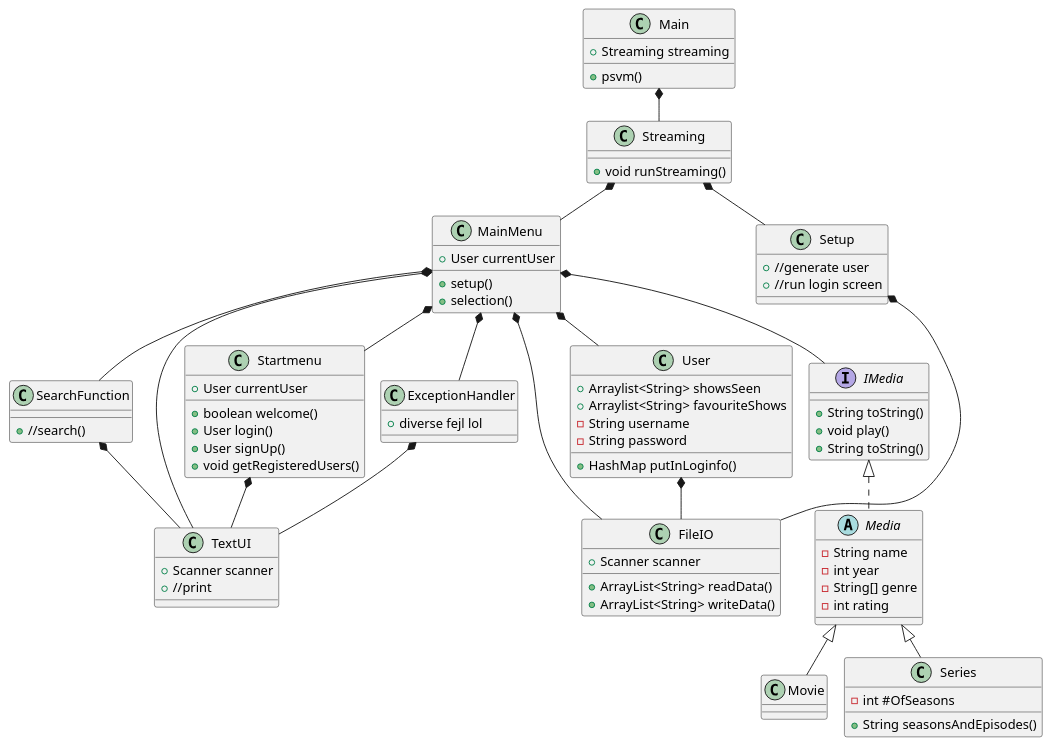
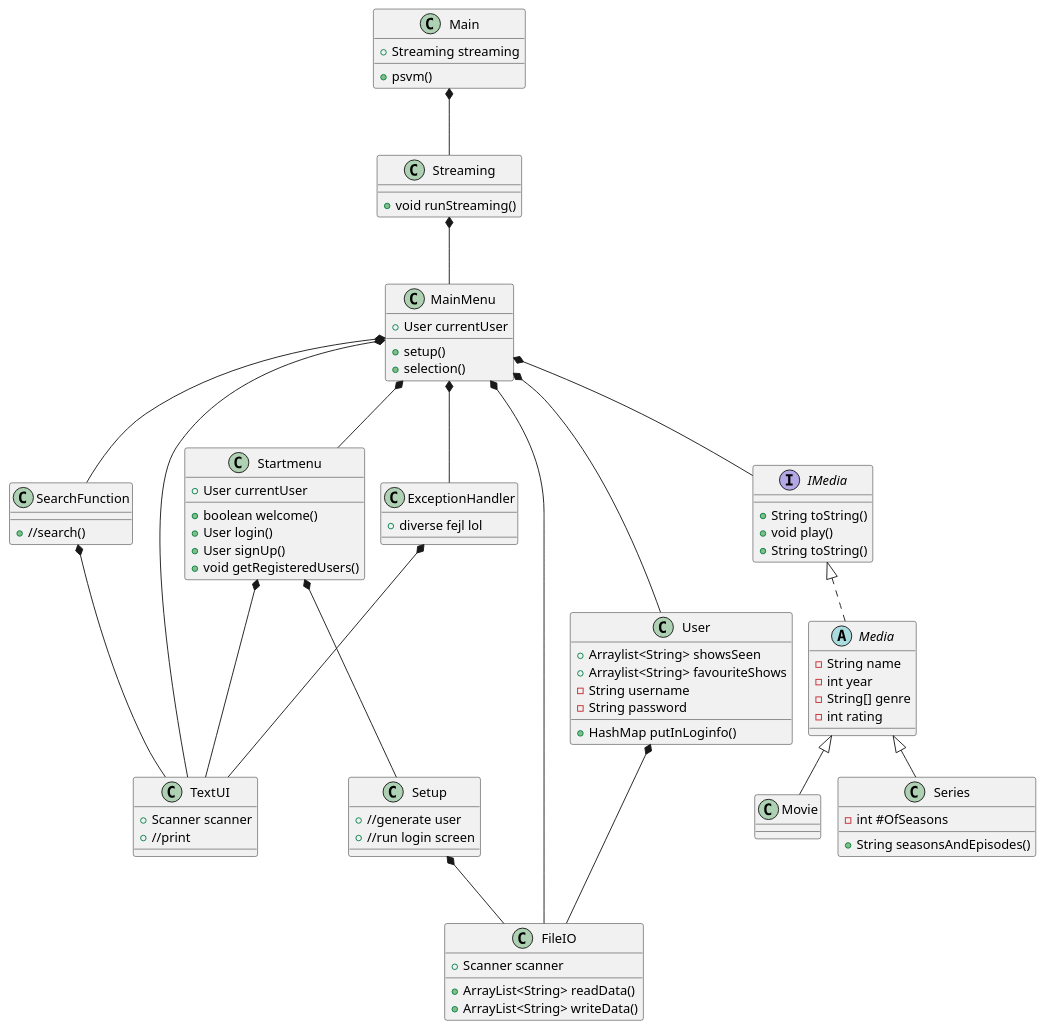
One commit to Sebbedeb/SP3---Streaming-Service changed the diagram in SP03/.idea/Class Diagram.puml. Above: the diagram before and after it, drawn with PlantUML.

Commit message:
Update Class Diagram.puml

```diff
--- a/SP03/.idea/Class Diagram.puml
+++ b/SP03/.idea/Class Diagram.puml
@@ -1,87 +1,87 @@
 @startuml
 'https://plantuml.com/class-diagram
 !pragma layout smetana
 
 class Main
 class MainMenu
 class Startmenu
 class TextUI
 class User
 class FileIO
 class ExceptionHandler
 abstract class Media implements IMedia
 class Movie extends Media
 class Series extends Media
 class SearchFunction
 class MainMenu
 class Streaming
 class Setup
 
-Main *-- Streaming
-Streaming *-- Setup
-Streaming *-- MainMenu
-MainMenu *-- Startmenu
-MainMenu *--TextUI
-MainMenu *-- ExceptionHandler
-MainMenu *-- FileIO
-MainMenu *-- User
-MainMenu *-- IMedia
-MainMenu *-- SearchFunction
-User *-- FileIO
-SearchFunction *-- TextUI
-Startmenu *-- TextUI
-ExceptionHandler *-- TextUI
-Setup *-- FileIO
+Main *--- Streaming
+Startmenu *--- Setup
+Streaming *--- MainMenu
+MainMenu *--- Startmenu
+MainMenu *---TextUI
+MainMenu *--- ExceptionHandler
+MainMenu *--- FileIO
+MainMenu *--- User
+MainMenu *--- IMedia
+MainMenu *--- SearchFunction
+User *--- FileIO
+SearchFunction *--- TextUI
+Startmenu *--- TextUI
+ExceptionHandler *--- TextUI
+Setup *--- FileIO
 
 Main : +psvm()
 Main : +Streaming streaming
 
 MainMenu : + User currentUser
 MainMenu : + setup()
 MainMenu : + selection()
 Streaming : + void runStreaming()
 
 Setup : + //generate user
 Setup : + //run login screen
 
 SearchFunction : +//search()
 
 Startmenu : + User currentUser
 Startmenu : + boolean welcome()
 Startmenu : + User login()
 Startmenu : + User signUp()
 Startmenu : + void getRegisteredUsers()
 
 FileIO : + Scanner scanner
 FileIO : + ArrayList<String> readData()
 FileIO : + ArrayList<String> writeData()
 
 
 User : + Arraylist<String> showsSeen
 User : + Arraylist<String> favouriteShows
 User : - String username
 User : - String password
 User : + HashMap putInLoginfo()
 
 
 IMedia : + String toString()
 IMedia : + void play()
 IMedia : + String toString()
 
 TextUI : + Scanner scanner
 TextUI : + //print
 
 ExceptionHandler : + diverse fejl lol
 
 Media : -String name
 Media : -int year
 Media : -String[] genre
 Media : -int rating
 
 Series : - int #OfSeasons
 Series : + String seasonsAndEpisodes()
 
 
 
 
 @enduml
```
